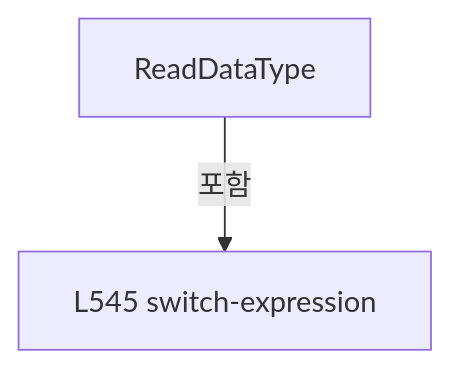
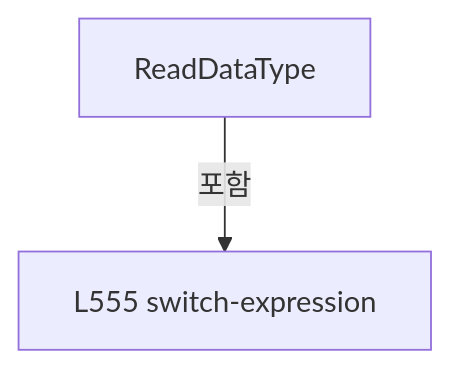
Diagram 15 of 17 in A3 LD Code Ref/files/Drilling.File/JHMI/CSettingFile.cs.md (kjuws10-rgb/Shared), drawn with Mermaid before and after one commit. The commit also changed other lines of this file and 2071 other files, not shown here.

Commit message:
docs(a3): update 11.19.0 architecture and code reference

````diff
--- a/A3 LD Code Ref/files/Drilling.File/JHMI/CSettingFile.cs.md
+++ b/A3 LD Code Ref/files/Drilling.File/JHMI/CSettingFile.cs.md
@@ -2495,6 +2505,6 @@
 ```mermaid
 flowchart TD
  M["ReadDataType"]
- N0["L545 switch-expression"]
+ N0["L555 switch-expression"]
  M -->|포함| N0
 ```
````
